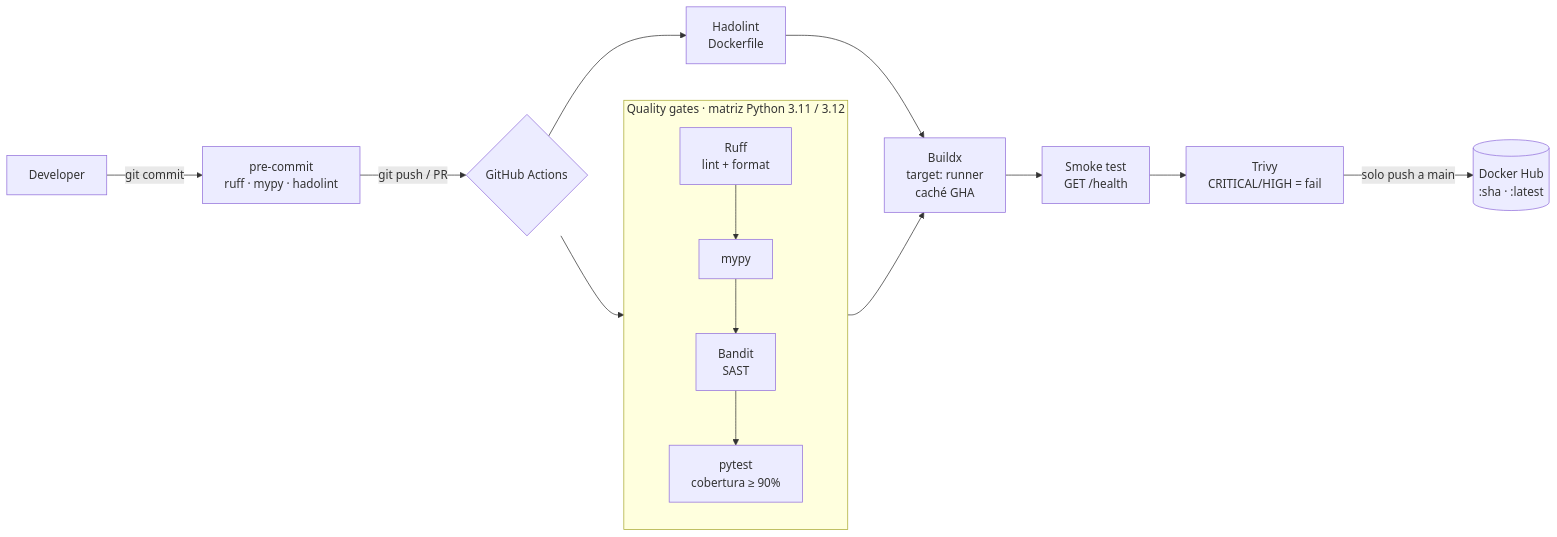
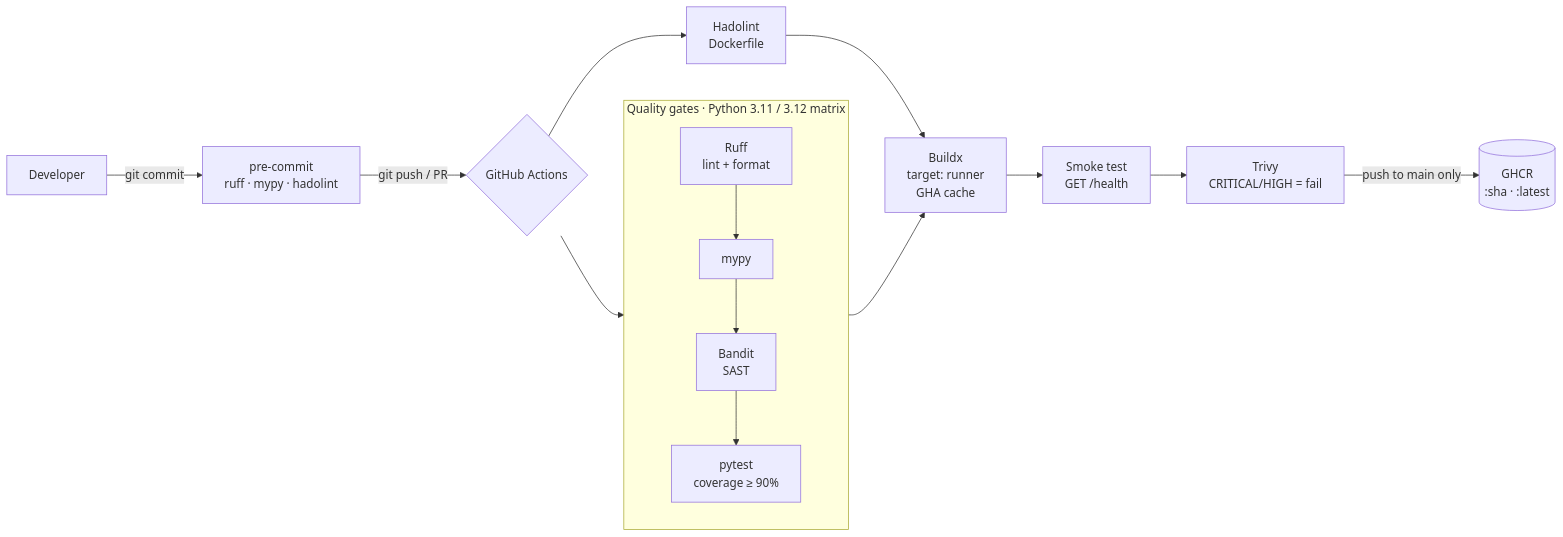
The first of 2 diagrams in README.md (DiegoTepichin/cicd-pipeline), drawn with Mermaid before and after one commit. The commit also changed other lines of this file, not shown here.

````diff
--- a/README.md
+++ b/README.md
@@ -27,17 +34,17 @@
 ```mermaid
 flowchart LR
     dev[Developer] -->|git commit| hooks[pre-commit<br/>ruff · mypy · hadolint]
     hooks -->|git push / PR| gha{GitHub Actions}
 
-    subgraph QG[Quality gates · matriz Python 3.11 / 3.12]
-        lint[Ruff<br/>lint + format] --> types[mypy] --> sast[Bandit<br/>SAST] --> tests[pytest<br/>cobertura ≥ 90%]
+    subgraph QG[Quality gates · Python 3.11 / 3.12 matrix]
+        lint[Ruff<br/>lint + format] --> types[mypy] --> sast[Bandit<br/>SAST] --> tests[pytest<br/>coverage ≥ 90%]
     end
     gha --> QG
     gha --> hl[Hadolint<br/>Dockerfile]
 
-    QG --> build[Buildx<br/>target: runner<br/>caché GHA]
+    QG --> build[Buildx<br/>target: runner<br/>GHA cache]
     hl --> build
     build --> smoke[Smoke test<br/>GET /health]
     smoke --> trivy[Trivy<br/>CRITICAL/HIGH = fail]
-    trivy -->|solo push a main| hub[(Docker Hub<br/>:sha · :latest)]
+    trivy -->|push to main only| ghcr[(GHCR<br/>:sha · :latest)]
 ```
````
